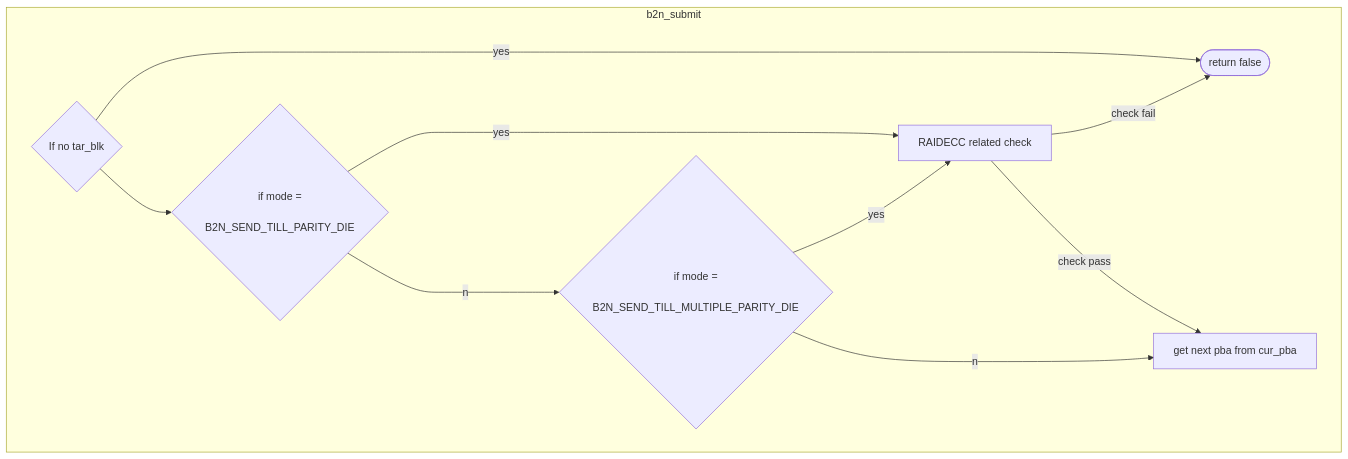
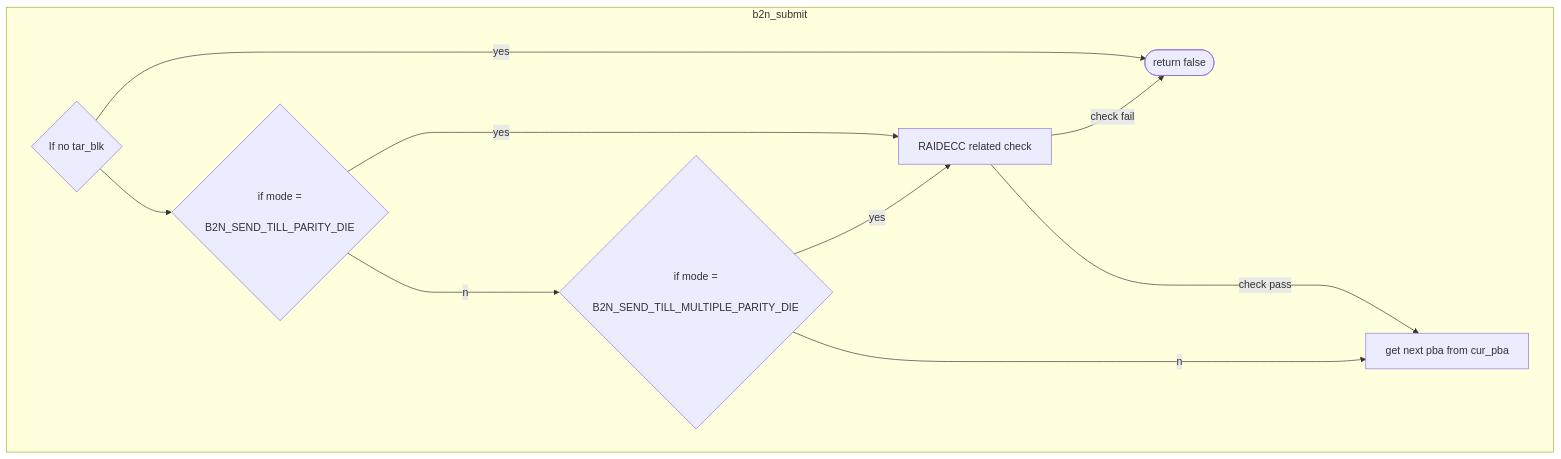
The diagram in all/未命名-2.md (jenny112646/iodraw-files), drawn with Mermaid before and after one commit.

Commit message:
2024-06-07 10:56:33 update

````diff
--- a/all/未命名-2.md
+++ b/all/未命名-2.md
@@ -1,17 +1,17 @@
 ```mermaid
 flowchart TD
 subgraph b2n_submit
     direction LR
     c1{"If no tar_blk"} --yes--> c2([return false])
     c1 --> c3{"if mode =
     B2N_SEND_TILL_PARITY_DIE"}
     c3 --yes--> c4["RAIDECC related check"]
     c3 --no---> c5{"if mode =
     B2N_SEND_TILL_MULTIPLE_PARITY_DIE"}
     c5 --yes--> c4["RAIDECC related check"]
-    c5 --no--> c6["get next pba from cur_pba"]
+    c5 --no----> c6["get next pba from cur_pba"]
     c4 --"check fail"--> c2
     c4 --"check pass"--> c6
 
 end
 ```
````
